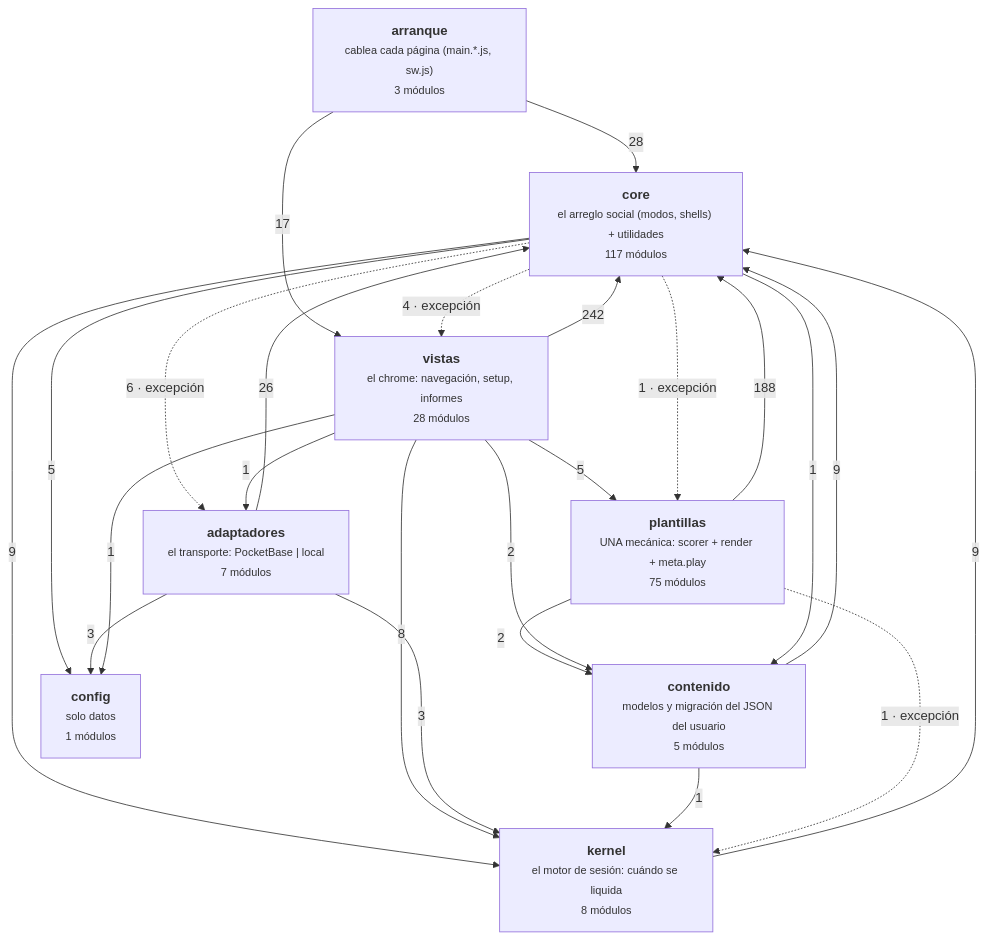
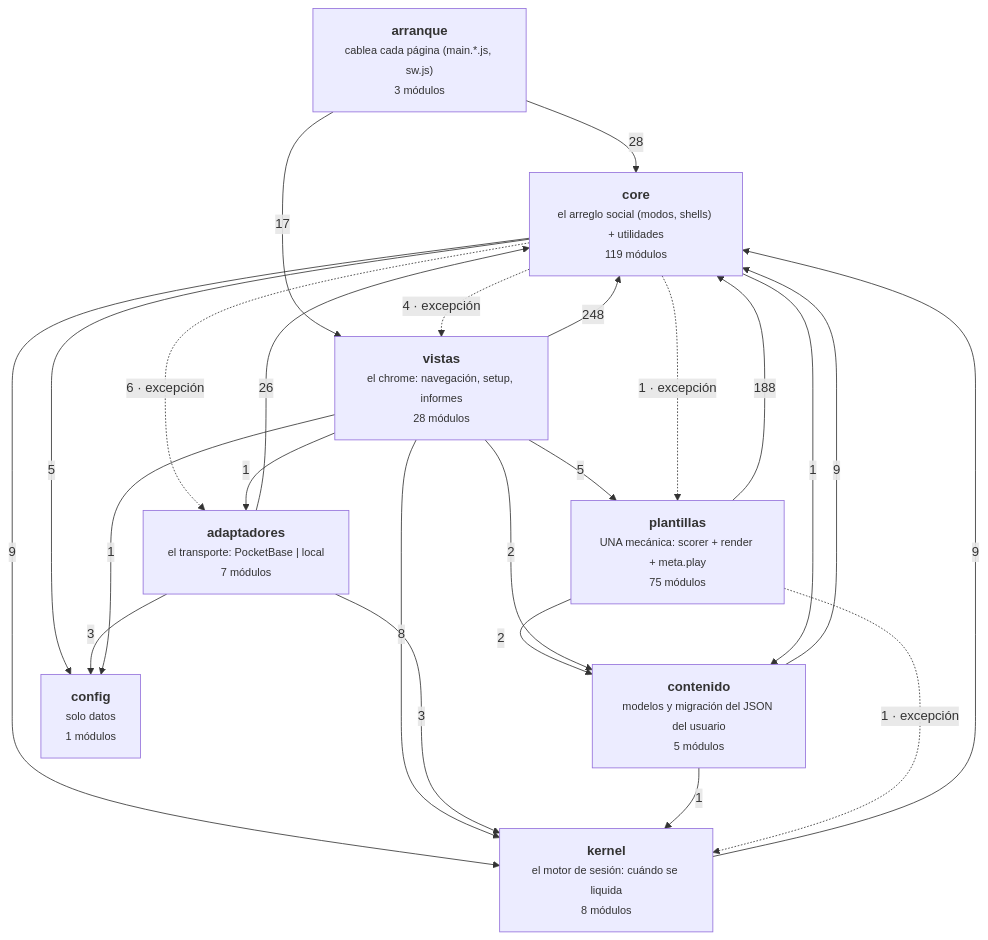
Before and after one commit to duecaz/ac: the diagram in docs/arquitectura-modulos.md, drawn with Mermaid. The commit also changed other lines of this file and 36 other files, not shown here.

````diff
--- a/docs/arquitectura-modulos.md
+++ b/docs/arquitectura-modulos.md
@@ -49,34 +49,34 @@
 ```mermaid
 graph TD
   A["<b>arranque</b><br/><small>cablea cada página (main.*.js, sw.js)</small><br/><small>3 módulos</small>"]
   V["<b>vistas</b><br/><small>el chrome: navegación, setup, informes</small><br/><small>28 módulos</small>"]
   AD["<b>adaptadores</b><br/><small>el transporte: PocketBase | local</small><br/><small>7 módulos</small>"]
-  C["<b>core</b><br/><small>el arreglo social (modos, shells) + utilidades</small><br/><small>117 módulos</small>"]
+  C["<b>core</b><br/><small>el arreglo social (modos, shells) + utilidades</small><br/><small>119 módulos</small>"]
   K["<b>kernel</b><br/><small>el motor de sesión: cuándo se liquida</small><br/><small>8 módulos</small>"]
   T["<b>plantillas</b><br/><small>UNA mecánica: scorer + render + meta.play</small><br/><small>75 módulos</small>"]
   CO["<b>contenido</b><br/><small>modelos y migración del JSON del usuario</small><br/><small>5 módulos</small>"]
   CF["<b>config</b><br/><small>solo datos</small><br/><small>1 módulos</small>"]
-  V -->|242| C
+  V -->|248| C
   T -->|188| C
   A -->|28| C
   AD -->|26| C
   A -->|17| V
   C -->|9| K
   CO -->|9| C
   K -->|9| C
   V -->|8| K
   C -.->|6 · excepción| AD
   C -->|5| CF
   V -->|5| T
   C -.->|4 · excepción| V
   AD -->|3| CF
   AD -->|3| K
   T -->|2| CO
   V -->|2| CO
   C -.->|1 · excepción| T
   C -->|1| CO
   CO -->|1| K
   T -.->|1 · excepción| K
   V -->|1| AD
   V -->|1| CF
 ```
````
